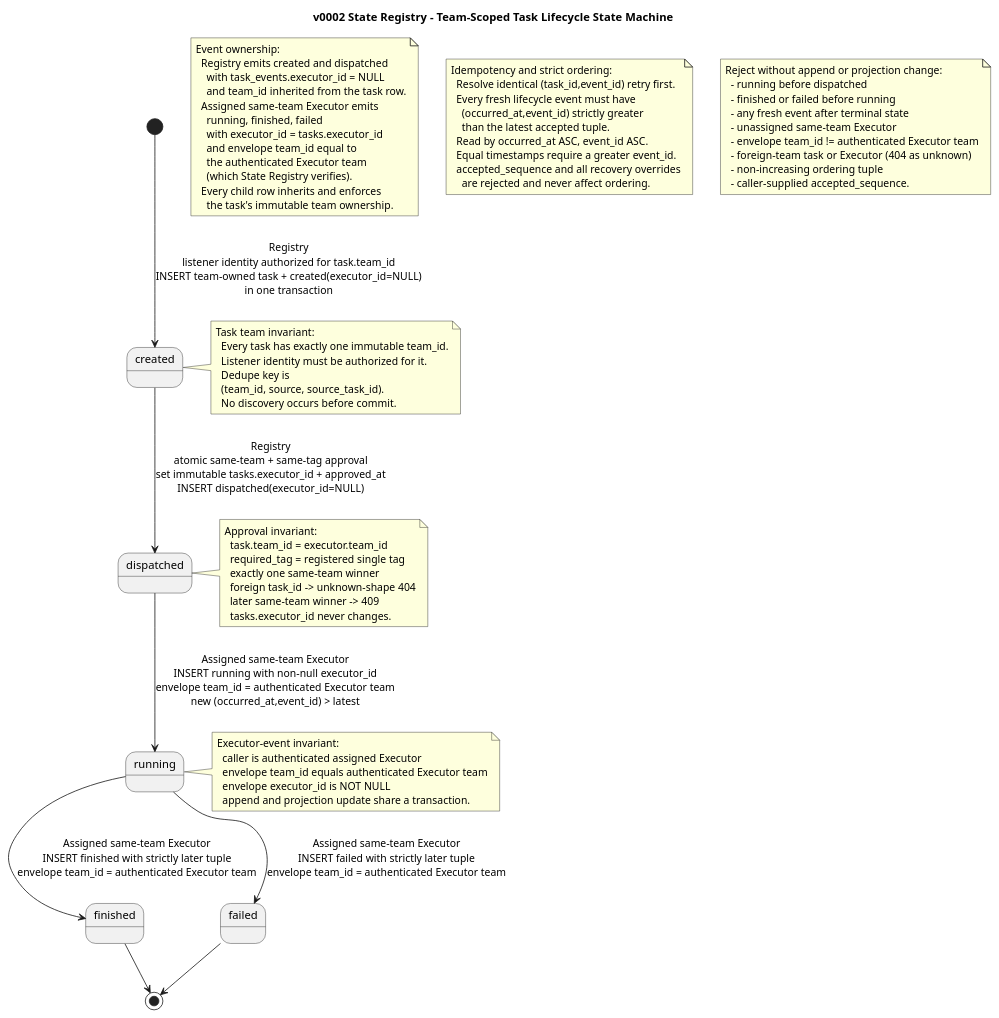
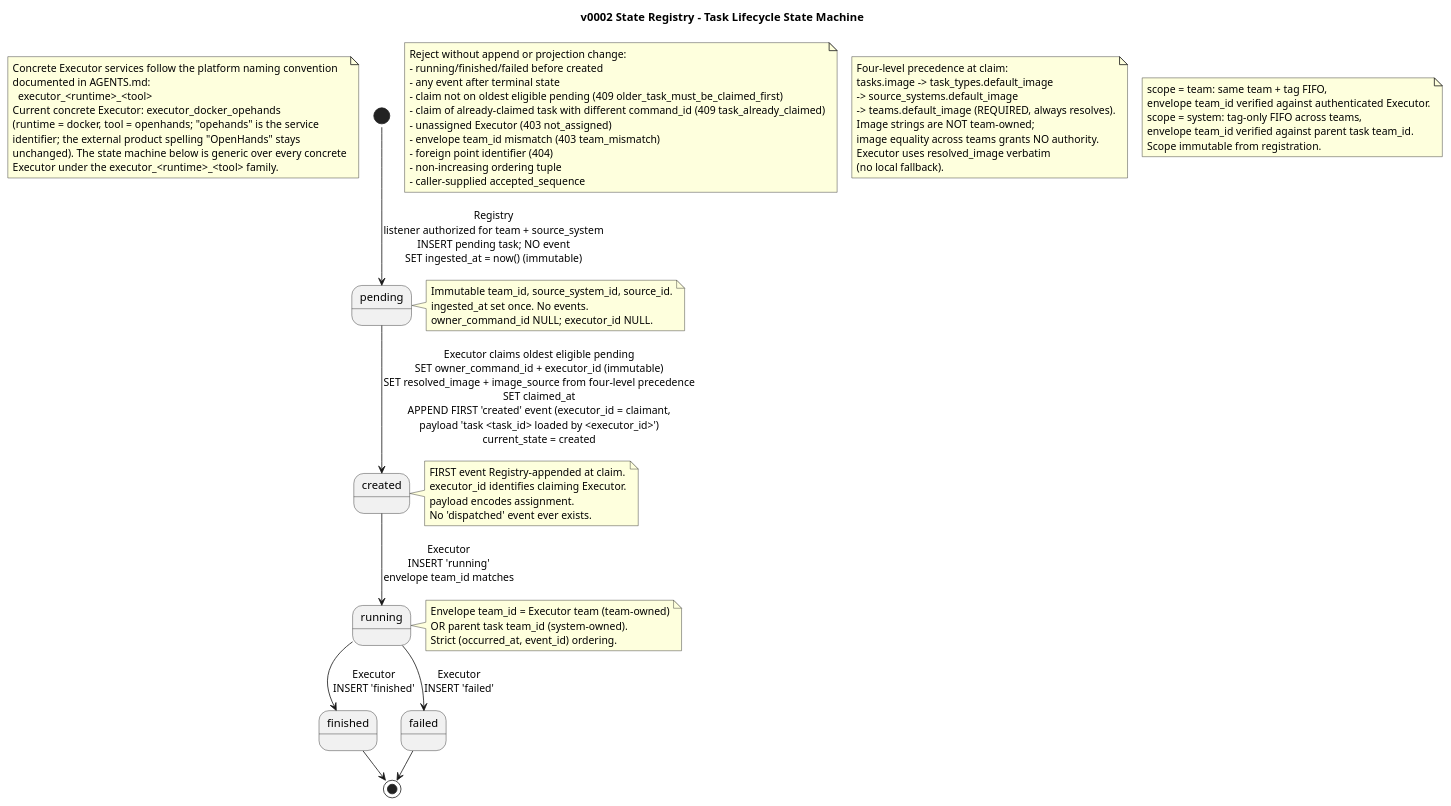
Before and after one commit to pandops/flowai: the diagram in openspec/changes/v0002-state-registry/specs/diagrams/state-registry-task-state-machine.puml, drawn with PlantUML. The commit also changed 5 other files, not shown here.

First line of the commit message:
docs(state-registry): update registry architecture diagrams

```diff
--- a/openspec/changes/v0002-state-registry/specs/diagrams/state-registry-task-state-machine.puml
+++ b/openspec/changes/v0002-state-registry/specs/diagrams/state-registry-task-state-machine.puml
@@ -2,88 +2,83 @@
 @startuml
-title v0002 State Registry - Team-Scoped Task Lifecycle State Machine
+!pragma layout smetana
+title v0002 State Registry - Task Lifecycle State Machine
 
+note as ConcreteNaming
+  Concrete Executor services follow the platform naming convention
+  documented in AGENTS.md:
+    executor_<runtime>_<tool>
+  Current concrete Executor: executor_docker_opehands
+  (runtime = docker, tool = openhands; "opehands" is the service
+  identifier; the external product spelling "OpenHands" stays
+  unchanged). The state machine below is generic over every concrete
+  Executor under the executor_<runtime>_<tool> family.
+end note
+
+state "pending" as Pending
 state "created" as Created
-state "dispatched" as Dispatched
 state "running" as Running
 state "finished" as Finished
 state "failed" as Failed
 
-[*] --> Created : Registry\nlistener identity authorized for task.team_id\nINSERT team-owned task + created(executor_id=NULL)\nin one transaction
+[*] --> Pending : Registry\nlistener authorized for team + source_system\nINSERT pending task; NO event\nSET ingested_at = now() (immutable)
 
-Created --> Dispatched : Registry\natomic same-team + same-tag approval\nset immutable tasks.executor_id + approved_at\nINSERT dispatched(executor_id=NULL)
+Pending --> Created : Executor claims oldest eligible pending\nSET owner_command_id + executor_id (immutable)\nSET resolved_image + image_source from four-level precedence\nSET claimed_at\nAPPEND FIRST 'created' event (executor_id = claimant,\npayload 'task <task_id> loaded by <executor_id>')\ncurrent_state = created
 
-Dispatched --> Running : Assigned same-team Executor\nINSERT running with non-null executor_id\nenvelope team_id = authenticated Executor team\nnew (occurred_at,event_id) > latest
-
-Running --> Finished : Assigned same-team Executor\nINSERT finished with strictly later tuple\nenvelope team_id = authenticated Executor team
-Running --> Failed : Assigned same-team Executor\nINSERT failed with strictly later tuple\nenvelope team_id = authenticated Executor team
-
+Created --> Running : Executor\nINSERT 'running'\nenvelope team_id matches
+Running --> Finished : Executor\nINSERT 'finished'
+Running --> Failed : Executor\nINSERT 'failed'
 Finished --> [*]
 Failed --> [*]
 
-note right of Created
-  Task team invariant:
-    Every task has exactly one immutable team_id.
-    Listener identity must be authorized for it.
-    Dedupe key is
-    (team_id, source, source_task_id).
-    No discovery occurs before commit.
+note right of Pending
+  Immutable team_id, source_system_id, source_id.
+  ingested_at set once. No events.
+  owner_command_id NULL; executor_id NULL.
 end note
 
-note right of Dispatched
-  Approval invariant:
-    task.team_id = executor.team_id
-    required_tag = registered single tag
-    exactly one same-team winner
-    foreign task_id -> unknown-shape 404
-    later same-team winner -> 409
-    tasks.executor_id never changes.
+note right of Created
+  FIRST event Registry-appended at claim.
+  executor_id identifies claiming Executor.
+  payload encodes assignment.
+  No 'dispatched' event ever exists.
 end note
 
 note right of Running
-  Executor-event invariant:
-    caller is authenticated assigned Executor
-    envelope team_id equals authenticated Executor team
-    envelope executor_id is NOT NULL
-    append and projection update share a transaction.
+  Envelope team_id = Executor team (team-owned)
+  OR parent task team_id (system-owned).
+  Strict (occurred_at, event_id) ordering.
 end note
 
-note as Ownership
-  Event ownership:
-    Registry emits created and dispatched
-      with task_events.executor_id = NULL
-      and team_id inherited from the task row.
-    Assigned same-team Executor emits
-      running, finished, failed
-      with executor_id = tasks.executor_id
-      and envelope team_id equal to
-      the authenticated Executor team
-      (which State Registry verifies).
-    Every child row inherits and enforces
-      the task's immutable team ownership.
+note as Invariants
+  Reject without append or projection change:
+  - running/finished/failed before created
+  - any event after terminal state
+  - claim not on oldest eligible pending (409 older_task_must_be_claimed_first)
+  - claim of already-claimed task with different command_id (409 task_already_claimed)
+  - unassigned Executor (403 not_assigned)
+  - envelope team_id mismatch (403 team_mismatch)
+  - foreign point identifier (404)
+  - non-increasing ordering tuple
+  - caller-supplied accepted_sequence
 end note
 
-note as Ordering
-  Idempotency and strict ordering:
-    Resolve identical (task_id,event_id) retry first.
-    Every fresh lifecycle event must have
-      (occurred_at,event_id) strictly greater
-      than the latest accepted tuple.
-    Read by occurred_at ASC, event_id ASC.
-    Equal timestamps require a greater event_id.
-    accepted_sequence and all recovery overrides
-      are rejected and never affect ordering.
+note as Image
+  Four-level precedence at claim:
+  tasks.image -> task_types.default_image
+  -> source_systems.default_image
+  -> teams.default_image (REQUIRED, always resolves).
+  Image strings are NOT team-owned;
+  image equality across teams grants NO authority.
+  Executor uses resolved_image verbatim
+  (no local fallback).
 end note
 
-note as Rejections
-  Reject without append or projection change:
-    - running before dispatched
-    - finished or failed before running
-    - any fresh event after terminal state
-    - unassigned same-team Executor
-    - envelope team_id != authenticated Executor team
-    - foreign-team task or Executor (404 as unknown)
-    - non-increasing ordering tuple
-    - caller-supplied accepted_sequence.
+note as ExecutorScope
+  scope = team: same team + tag FIFO,
+  envelope team_id verified against authenticated Executor.
+  scope = system: tag-only FIFO across teams,
+  envelope team_id verified against parent task team_id.
+  Scope immutable from registration.
 end note
 
 @enduml
```
